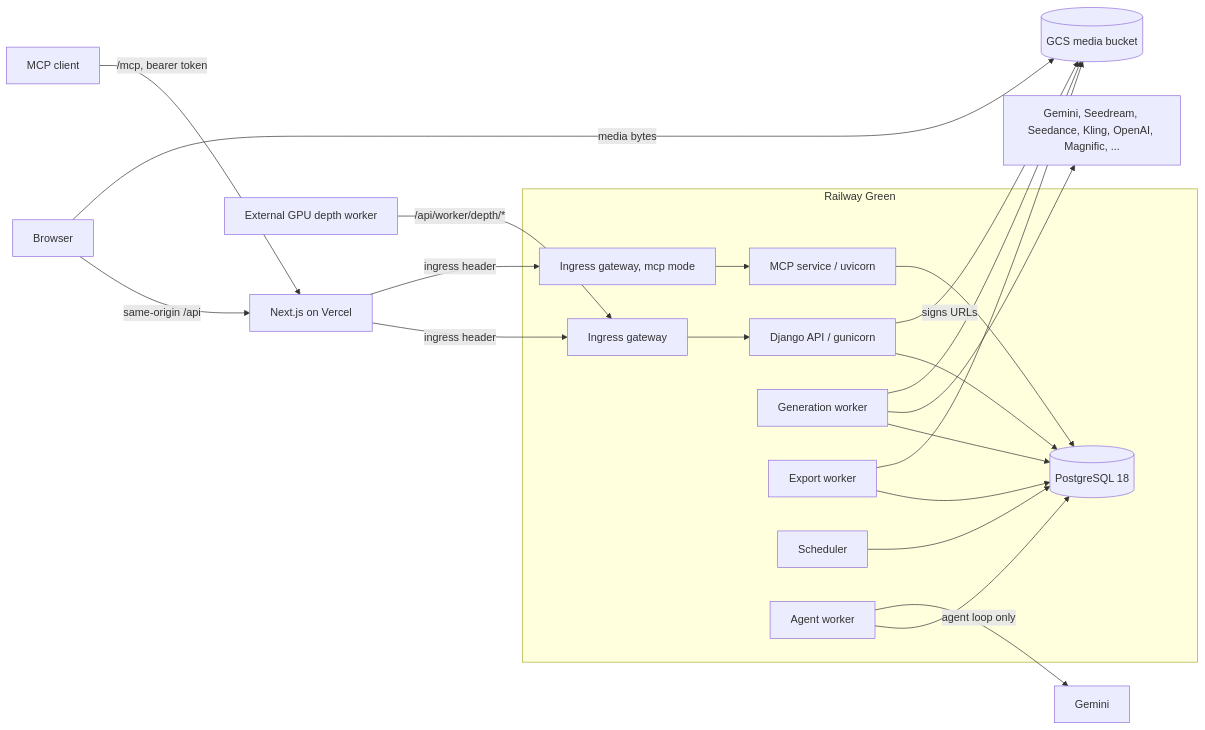
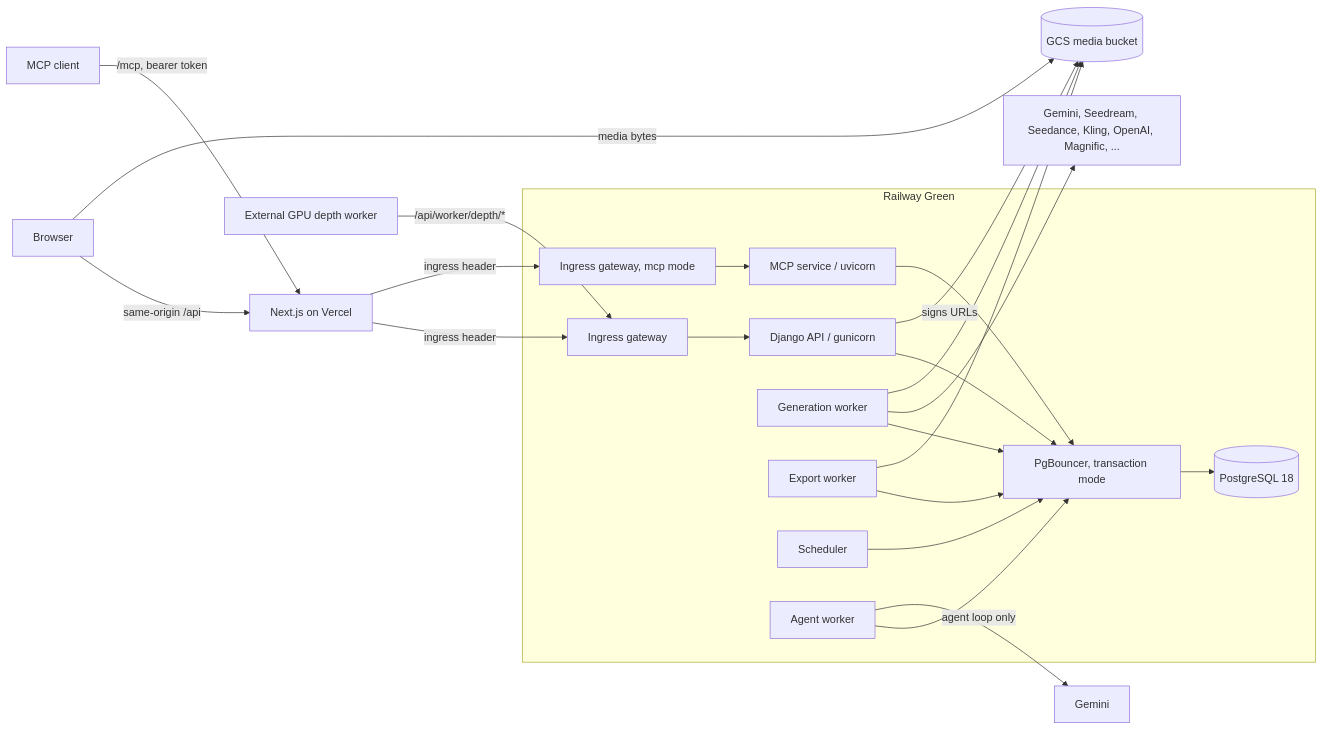
The diagram in docs/architecture/overview.md (amazingindianstories-stack/AIStudio), drawn with Mermaid before and after one commit. The commit also changed other lines of this file and 29 other files, not shown here.

First line of the commit message:
feat(backend): put a transaction-mode PgBouncer in front of PostgreSQL with per-service connection budgets (#187)

````diff
--- a/docs/architecture/overview.md
+++ b/docs/architecture/overview.md
@@ -7,24 +7,25 @@
 ```mermaid
 flowchart LR
   Browser -->|same-origin /api| Next[Next.js on Vercel]
   Agent[MCP client] -->|/mcp, bearer token| Next
   Next -->|ingress header| Gateway[Ingress gateway]
   Next -->|ingress header| McpGateway[Ingress gateway, mcp mode]
   subgraph Railway Green
     Gateway --> API[Django API / gunicorn]
     McpGateway --> MCP[MCP service / uvicorn]
-    MCP --> PG
-    Gen[Generation worker] --> PG[(PostgreSQL 18)]
-    Export[Export worker] --> PG
-    Sched[Scheduler] --> PG
-    AgentW[Agent worker] --> PG
-    API --> PG
+    MCP --> Pool
+    Gen[Generation worker] --> Pool
+    Export[Export worker] --> Pool
+    Sched[Scheduler] --> Pool
+    AgentW[Agent worker] --> Pool
+    API --> Pool
+    Pool[PgBouncer, transaction mode] --> PG[(PostgreSQL 18)]
   end
   Gen --> Providers[Gemini, Seedream, Seedance, Kling, OpenAI, Magnific, ...]
   AgentW -->|agent loop only| Gemini[Gemini]
   API -->|signs URLs| GCS[(GCS media bucket)]
   Browser -->|media bytes| GCS
   Gen --> GCS
   Export --> GCS
   Depth[External GPU depth worker] -->|/api/worker/depth/*| Gateway
 ```
````
